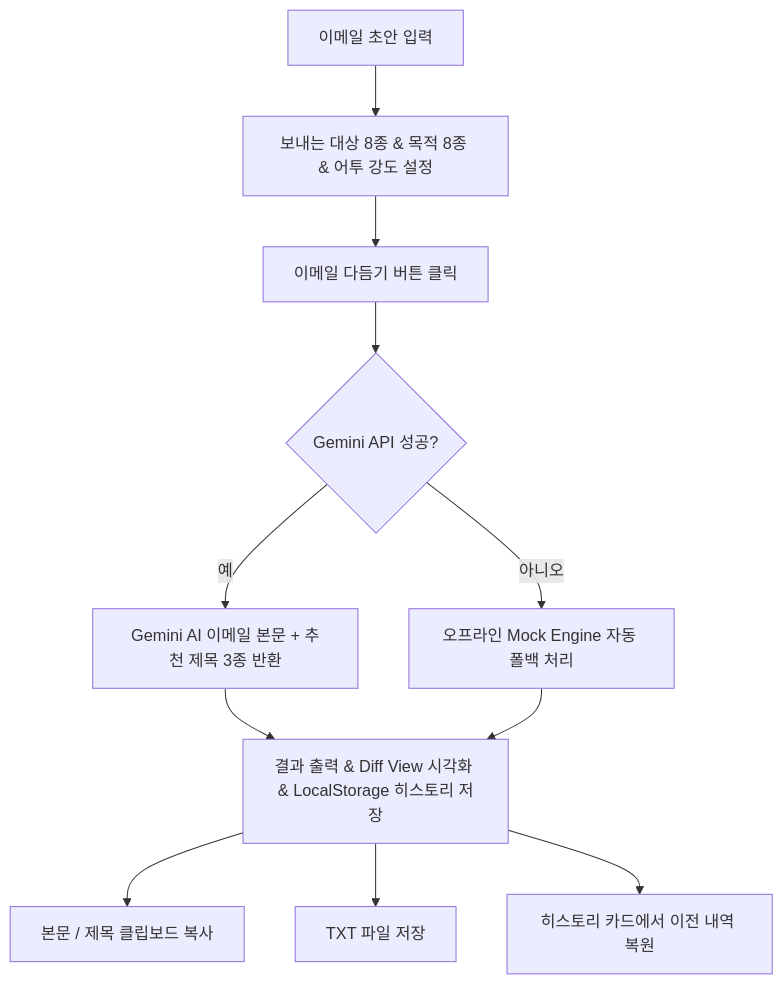
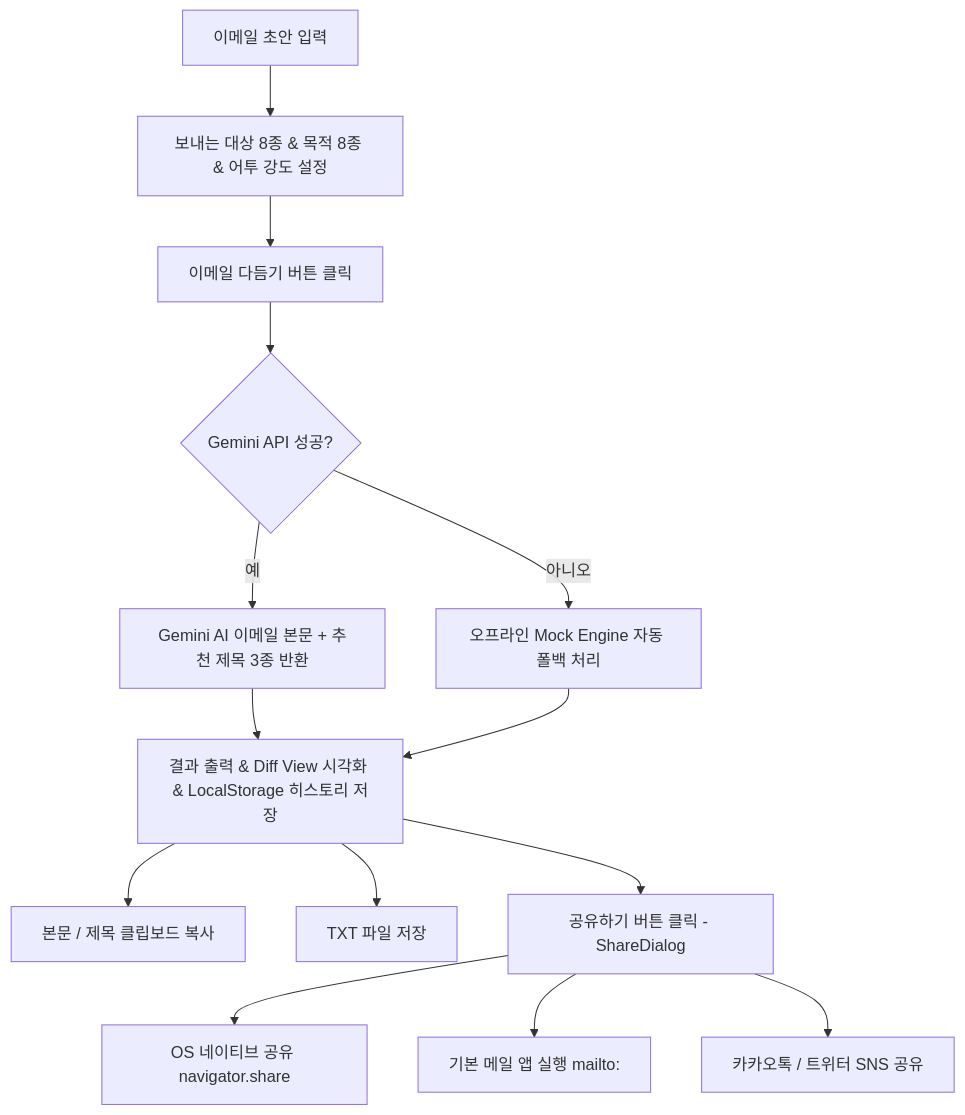
Before and after one commit to SimGyeongju/Email_changer: the diagram in Docs/PRD.md, drawn with Mermaid. The commit also changed other lines of this file and 2 other files, not shown here.

Commit message:
docs: update PRD, architecture, and user guide to v2.1 including social & email sharing specs

````diff
--- a/Docs/PRD.md
+++ b/Docs/PRD.md
@@ -29,13 +33,16 @@
 ```mermaid
 flowchart TD
     A[이메일 초안 입력] --> B[보내는 대상 8종 & 목적 8종 & 어투 강도 설정]
     B --> C[이메일 다듬기 버튼 클릭]
     C --> D{Gemini API 성공?}
     D -- 예 --> E1[Gemini AI 이메일 본문 + 추천 제목 3종 반환]
     D -- 아니오 --> E2[오프라인 Mock Engine 자동 폴백 처리]
     E1 --> F[결과 출력 & Diff View 시각화 & LocalStorage 히스토리 저장]
     E2 --> F
     F --> G1[본문 / 제목 클립보드 복사]
     F --> G2[TXT 파일 저장]
-    F --> G3[히스토리 카드에서 이전 내역 복원]
+    F --> G3[공유하기 버튼 클릭 - ShareDialog]
+    G3 --> H1[OS 네이티브 공유 navigator.share]
+    G3 --> H2[기본 메일 앱 실행 mailto:]
+    G3 --> H3[카카오톡 / 트위터 SNS 공유]
 ```
````
